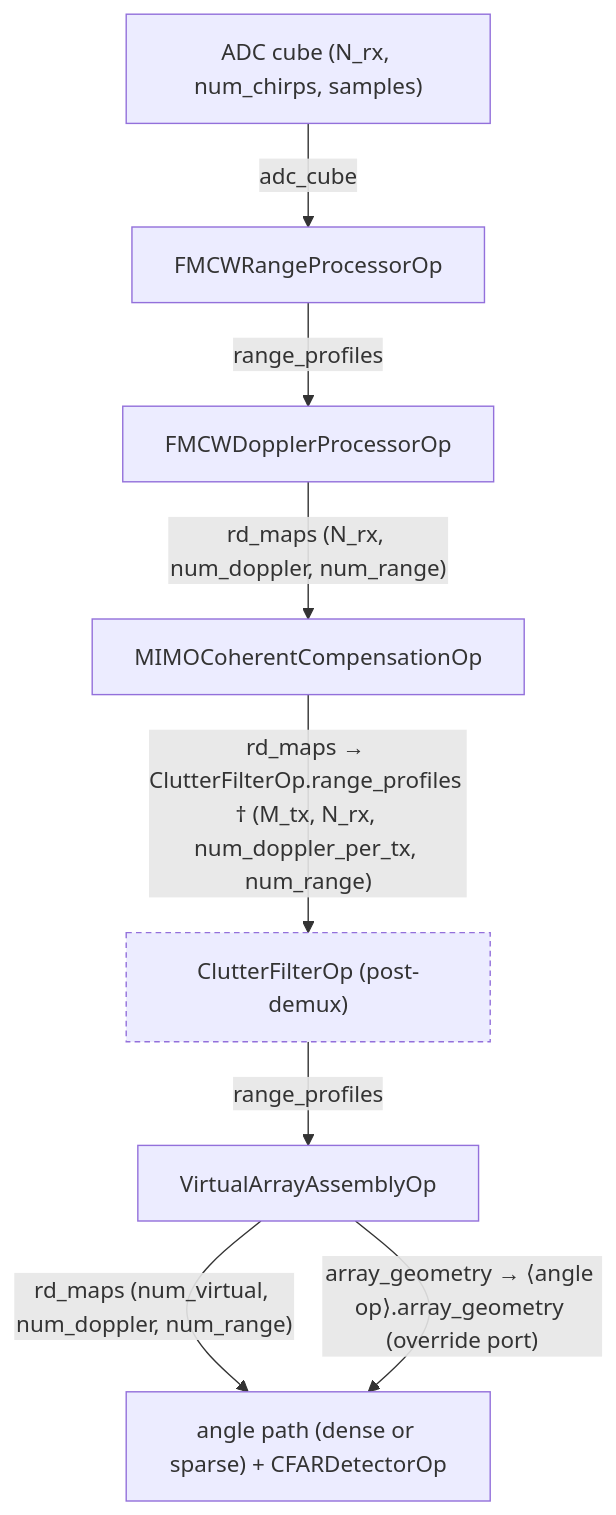
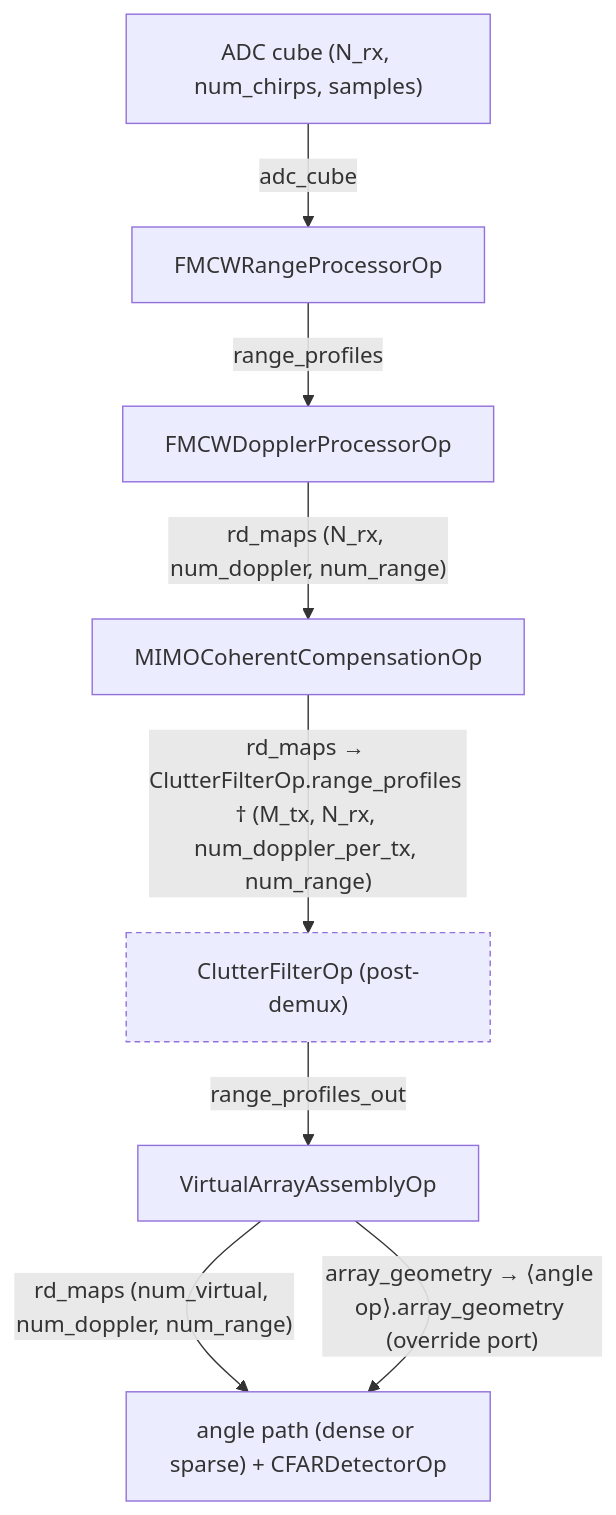
One commit to nvidia-holoscan/holoscan-radar changed the seventh of 7 diagrams in docs/planning/WORKFLOWS.md. Above: the diagram before and after it, drawn with Mermaid. The commit also changed other lines of this file and 13 other files, not shown here.

First line of the commit message:
Apps: Wire ClutterFilter output as range_profiles_out

````diff
--- a/docs/planning/WORKFLOWS.md
+++ b/docs/planning/WORKFLOWS.md
@@ -229,12 +229,12 @@
 ```mermaid
 flowchart TD
   classDef opt stroke-dasharray:4 3
   ADC["ADC cube (N_rx, num_chirps, samples)"] -->|"adc_cube"| RANGE["FMCWRangeProcessorOp"]
   RANGE -->|"range_profiles"| DOPP["FMCWDopplerProcessorOp"]
   DOPP -->|"rd_maps (N_rx, num_doppler, num_range)"| COMP["MIMOCoherentCompensationOp"]
   COMP -->|"rd_maps → ClutterFilterOp.range_profiles † (M_tx, N_rx, num_doppler_per_tx, num_range)"| CLUT["ClutterFilterOp (post-demux)"]
-  CLUT -->|"range_profiles"| VAA["VirtualArrayAssemblyOp"]
+  CLUT -->|"range_profiles_out"| VAA["VirtualArrayAssemblyOp"]
   VAA -->|"rd_maps (num_virtual, num_doppler, num_range)"| ANGLE["angle path (dense or sparse) + CFARDetectorOp"]
   VAA -->|"array_geometry → ⟨angle op⟩.array_geometry (override port)"| ANGLE
   class CLUT opt
 ```
````
